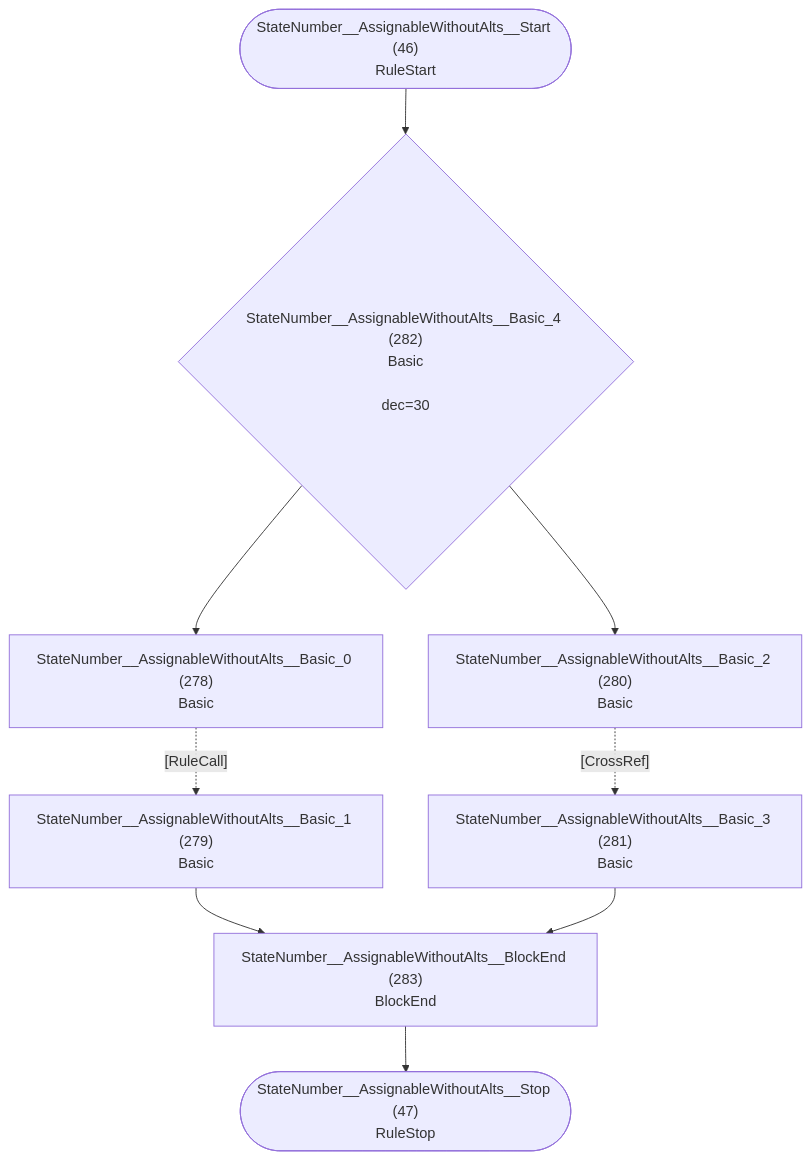
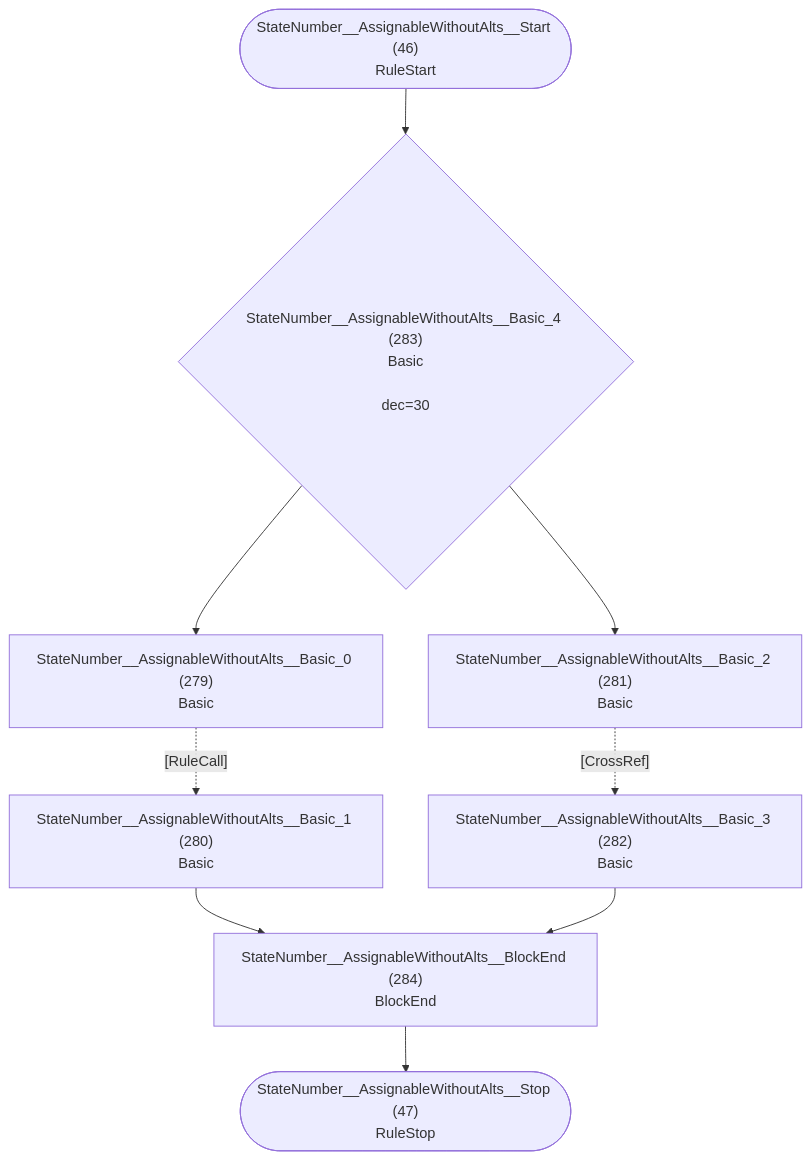
Diagram 24 of 32 in internal/grammar/atn.md (TypeFox/fastbelt), drawn with Mermaid before and after one commit. The commit also changed other lines of this file and 6 other files, not shown here.

````diff
--- a/internal/grammar/atn.md
+++ b/internal/grammar/atn.md
@@ -707,20 +709,20 @@
 ```mermaid
 flowchart TD
     q46(["StateNumber__AssignableWithoutAlts__Start (46)<br/>RuleStart"])
     q47(["StateNumber__AssignableWithoutAlts__Stop (47)<br/>RuleStop"])
-    q278["StateNumber__AssignableWithoutAlts__Basic_0 (278)<br/>Basic<br/>"]
-    q279["StateNumber__AssignableWithoutAlts__Basic_1 (279)<br/>Basic<br/>"]
-    q280["StateNumber__AssignableWithoutAlts__Basic_2 (280)<br/>Basic<br/>"]
-    q281["StateNumber__AssignableWithoutAlts__Basic_3 (281)<br/>Basic<br/>"]
-    q282{"StateNumber__AssignableWithoutAlts__Basic_4 (282)<br/>Basic<br/><br/>dec=30"}
-    q283["StateNumber__AssignableWithoutAlts__BlockEnd (283)<br/>BlockEnd<br/>"]
+    q279["StateNumber__AssignableWithoutAlts__Basic_0 (279)<br/>Basic<br/>"]
+    q280["StateNumber__AssignableWithoutAlts__Basic_1 (280)<br/>Basic<br/>"]
+    q281["StateNumber__AssignableWithoutAlts__Basic_2 (281)<br/>Basic<br/>"]
+    q282["StateNumber__AssignableWithoutAlts__Basic_3 (282)<br/>Basic<br/>"]
+    q283{"StateNumber__AssignableWithoutAlts__Basic_4 (283)<br/>Basic<br/><br/>dec=30"}
+    q284["StateNumber__AssignableWithoutAlts__BlockEnd (284)<br/>BlockEnd<br/>"]
 
-    q46 --> q282
-    q278 -.->|"[RuleCall]"| q279
-    q279 --> q283
-    q280 -.->|"[CrossRef]"| q281
-    q281 --> q283
-    q282 --> q278
-    q282 --> q280
-    q283 --> q47
+    q46 --> q283
+    q279 -.->|"[RuleCall]"| q280
+    q280 --> q284
+    q281 -.->|"[CrossRef]"| q282
+    q282 --> q284
+    q283 --> q279
+    q283 --> q281
+    q284 --> q47
 ```
````
